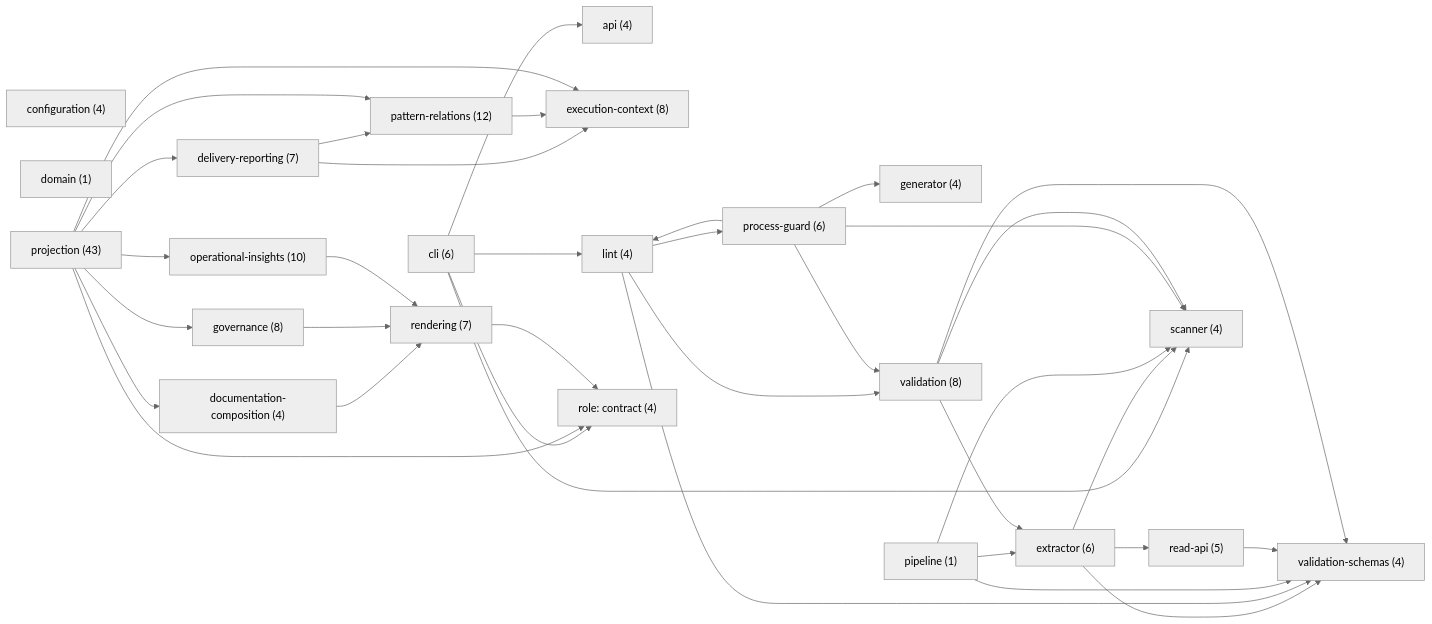
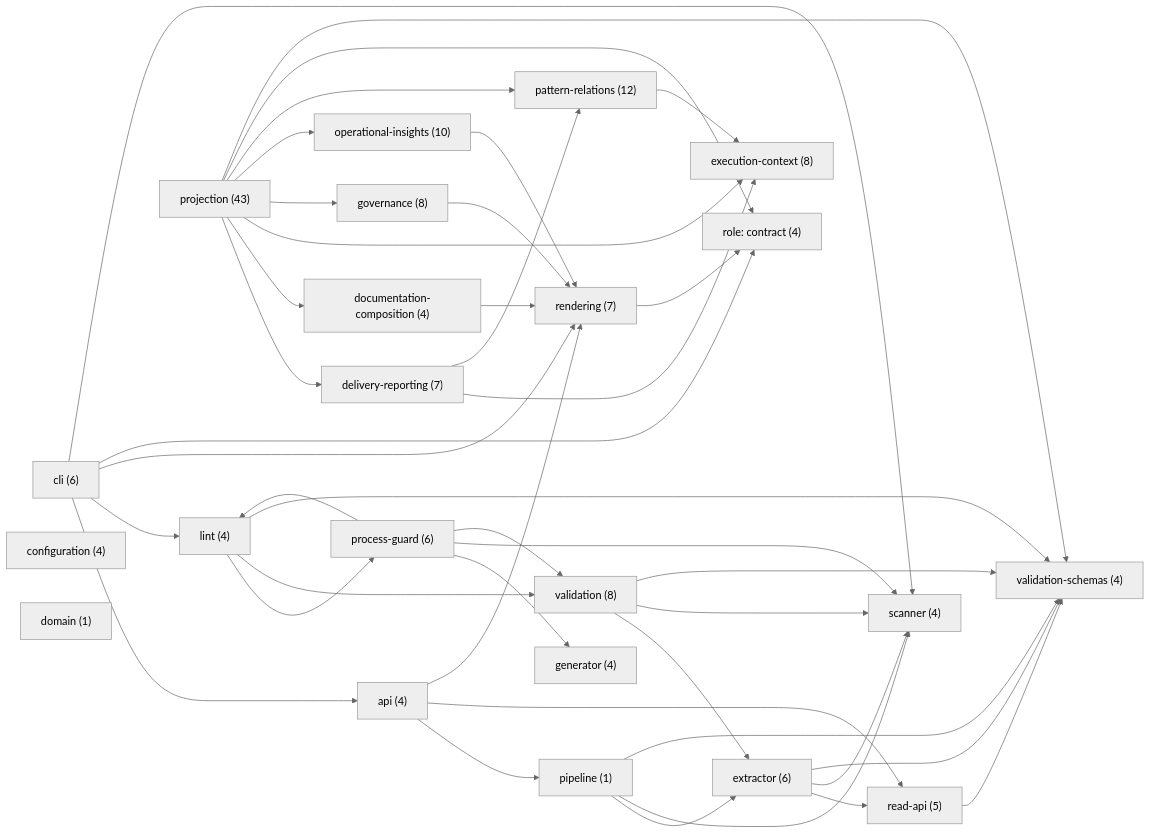
Before and after one commit to libar-dev/architect: the first of 23 diagrams in docs-live/ARCHITECTURE.md, drawn with Mermaid (neutral theme). The commit also changed 9 other files, not shown here.

First line of the commit message:
WS-1 Session 16 (D-20): cross-package @architect-uses sweep

````diff
--- a/docs-live/ARCHITECTURE.md
+++ b/docs-live/ARCHITECTURE.md
@@ -18,60 +18,65 @@
 ```mermaid
 graph LR
   api["api (4)"]
   cli["cli (6)"]
   configuration["configuration (4)"]
   delivery_reporting["delivery-reporting (7)"]
   documentation_composition["documentation-composition (4)"]
   domain["domain (1)"]
   execution_context["execution-context (8)"]
   extractor["extractor (6)"]
   generator["generator (4)"]
   governance["governance (8)"]
   lint["lint (4)"]
   operational_insights["operational-insights (10)"]
   pattern_relations["pattern-relations (12)"]
   pipeline["pipeline (1)"]
   process_guard["process-guard (6)"]
   projection["projection (43)"]
   read_api["read-api (5)"]
   rendering["rendering (7)"]
   scanner["scanner (4)"]
   validation["validation (8)"]
   validation_schemas["validation-schemas (4)"]
   role_contract["role: contract (4)"]
+  api --> pipeline
+  api --> read_api
+  api --> rendering
   cli --> api
   cli --> lint
+  cli --> rendering
   cli --> role_contract
   cli --> scanner
   delivery_reporting --> execution_context
   delivery_reporting --> pattern_relations
   documentation_composition --> rendering
   extractor --> read_api
   extractor --> scanner
   extractor --> validation_schemas
   governance --> rendering
   lint --> process_guard
   lint --> validation
   lint --> validation_schemas
   operational_insights --> rendering
   pattern_relations --> execution_context
   pipeline --> extractor
   pipeline --> scanner
   pipeline --> validation_schemas
   process_guard --> generator
   process_guard --> lint
   process_guard --> scanner
   process_guard --> validation
   projection --> delivery_reporting
   projection --> documentation_composition
   projection --> execution_context
   projection --> governance
   projection --> operational_insights
   projection --> pattern_relations
   projection --> role_contract
+  projection --> validation_schemas
   read_api --> validation_schemas
   rendering --> role_contract
   validation --> extractor
   validation --> scanner
   validation --> validation_schemas
 ```
````
